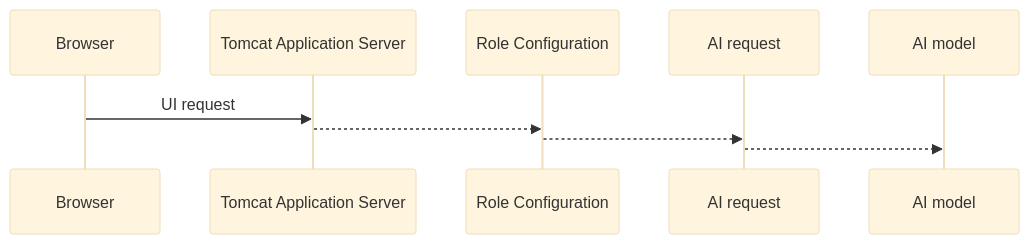
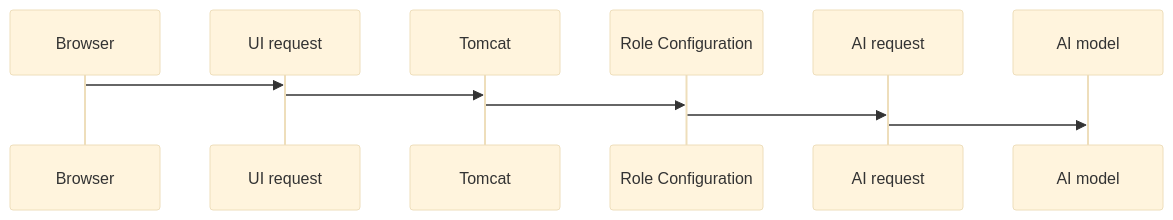
Before and after one commit to ynaroditsky/OmniAssist: the diagram in README.md, drawn with Mermaid (base theme).

````diff
--- a/README.md
+++ b/README.md
@@ -2,7 +2,8 @@
 ```mermaid
 sequenceDiagram
-    Browser->>Tomcat Application Server: UI request
-    Tomcat Application Server-->>Role Configuration:
-    Role Configuration-->>AI request:
-    AI request-->>AI model:
+    Browser->>UI request: 
+    UI request->>Tomcat:
+    Tomcat->>Role Configuration:
+    Role Configuration->>AI request:
+    AI request->>AI model:
 ```
````
